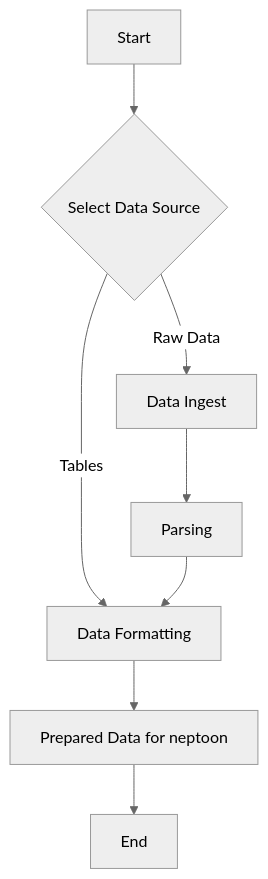
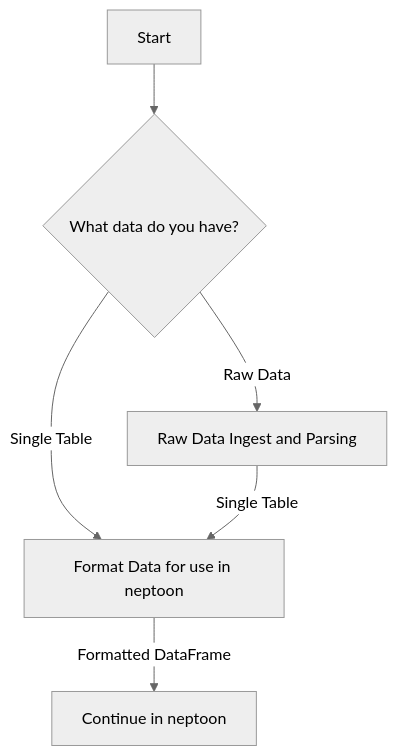
Before and after one commit to globalcosmos/neptoon: the diagram in docs/user-guide/importing-data.md, drawn with Mermaid (neutral theme). The commit also changed other lines of this file and 1 other file, not shown here.

Commit message:
import-data docs update: new flow chart and clearer description

````diff
--- a/docs/user-guide/importing-data.md
+++ b/docs/user-guide/importing-data.md
@@ -23,12 +25,9 @@
 ```mermaid 
 graph TD 
-A[Start] --> B{Select Data Source} 
-B -->|Raw Data| C[Data Ingest] 
+A[Start] --> B{What data do you have?} 
+B -->|Raw Data| C[Raw Data Ingest and Parsing] 
 %% B -->|Public Data - work in progress| D[File Collection]  %%
-B -->|Tables| E[Data Formatting] 
-C --> F[Parsing] 
-%% D --> F  %%
-F --> E 
-E --> G[Prepared Data for neptoon] 
-G --> H[End]
+B -->|Single Table| E[Format Data for use in neptoon] 
+C -->|Single Table| E
+E -->|Formatted DataFrame| H[Continue in neptoon]
 ```
````
